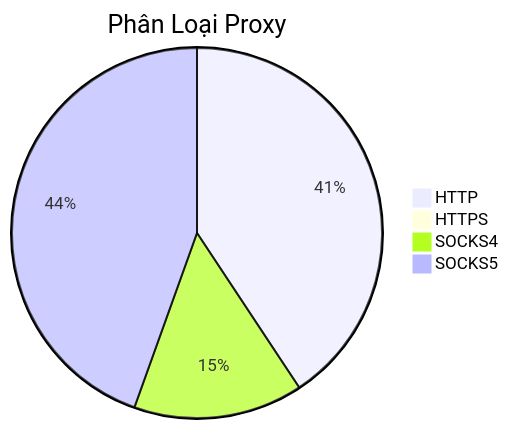
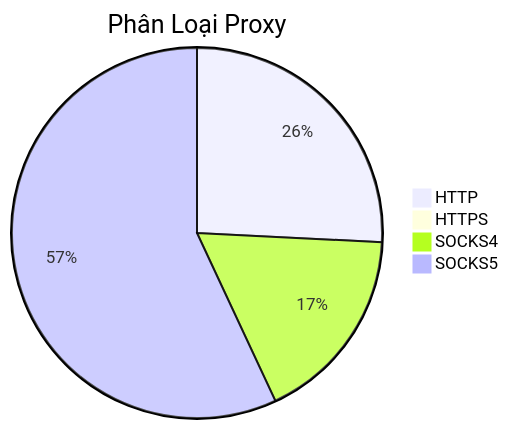
One commit to Ciara-12/PROXY-free changed the diagram in README.md. Above: the diagram before and after it, drawn with Mermaid. The commit also changed other lines of this file and 4 other files, not shown here.

````diff
--- a/README.md
+++ b/README.md
@@ -26,7 +26,7 @@
 ```mermaid
 pie title Phân Loại Proxy
-    "HTTP" : 768
-    "HTTPS" : 1
-    "SOCKS4" : 279
-    "SOCKS5" : 840
+    "HTTP" : 486
+    "HTTPS" : 4
+    "SOCKS4" : 325
+    "SOCKS5" : 1073
 ```
````
